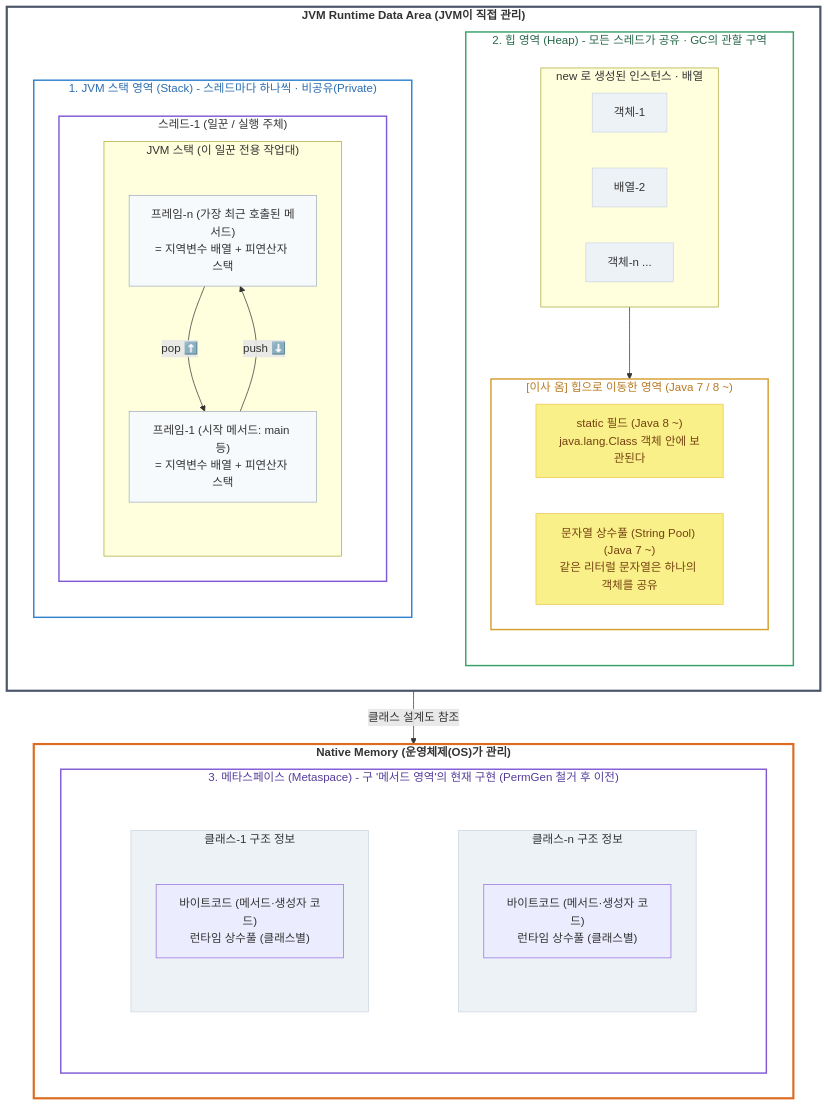
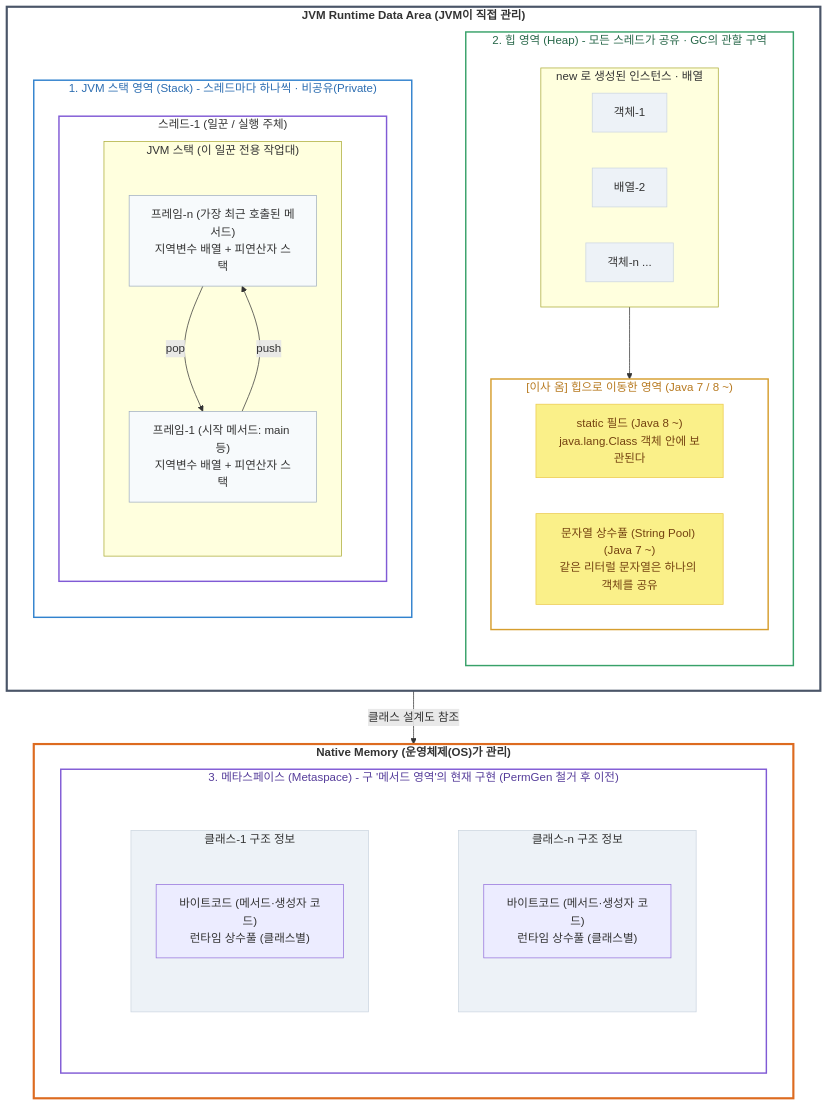
Before and after one commit to sungjin-dev/sungjin-dev.github.io: the second of 8 diagrams in _posts/java/2026-07-11-java-reference-type-study-1.md, drawn with Mermaid. The commit also changed other lines of this file, not shown here.

````diff
--- a/_posts/java/2026-07-11-java-reference-type-study-1.md
+++ b/_posts/java/2026-07-11-java-reference-type-study-1.md
@@ -53,67 +55,52 @@
 ```mermaid
 graph TD
-    %% ──────────────────────────────────────────────────────────
-    %% JVM Runtime Data Area (상단 거대 그룹)
-    %% ──────────────────────────────────────────────────────────
     subgraph RDA ["JVM Runtime Data Area (JVM이 직접 관리)"]
         direction LR
 
-        %% [1] JVM 스택 영역
         subgraph STACK_AREA ["1. JVM 스택 영역 (Stack) - 스레드마다 하나씩 · 비공유(Private)"]
             direction TD
             subgraph THREAD1 ["스레드-1 (일꾼 / 실행 주체)"]
                 subgraph JVM_ST ["JVM 스택 (이 일꾼 전용 작업대)"]
                     direction TD
-                    F_N["프레임-n (가장 최근 호출된 메서드)<br>= 지역변수 배열 + 피연산자 스택"]
-                    F_1["프레임-1 (시작 메서드: main 등)<br>= 지역변수 배열 + 피연산자 스택"]
-                    
-                    F_1 -->|push ⬇️| F_N
-                    F_N -->|pop ⬆️| F_1
+                    F_N["프레임-n (가장 최근 호출된 메서드)<br>지역변수 배열 + 피연산자 스택"]
+                    F_1["프레임-1 (시작 메서드: main 등)<br>지역변수 배열 + 피연산자 스택"]
+                    F_1 -->|push| F_N
+                    F_N -->|pop| F_1
                 end
             end
         end
 
-        %% 좌우 영역 밸런스용 투명 링크
-        STACK_AREA ~~~ HEAP_AREA
-
-        %% [2] 힙 영역
         subgraph HEAP_AREA ["2. 힙 영역 (Heap) - 모든 스레드가 공유 · GC의 관할 구역"]
             direction TD
-            
             subgraph OBJECTS ["new 로 생성된 인스턴스 · 배열"]
                 direction LR
                 OBJ1["객체-1"]
                 ARR2["배열-2"]
                 OBJN["객체-n ..."]
             end
-            
-            OBJECTS -->| | MOVED_ITEMS
-
+            OBJECTS --> MOVED_ITEMS
             subgraph MOVED_ITEMS ["[이사 옴] 힙으로 이동한 영역 (Java 7 / 8 ~)"]
                 direction LR
                 SF["static 필드 (Java 8 ~)<br>java.lang.Class 객체 안에 보관된다"]
                 SP["문자열 상수풀 (String Pool) (Java 7 ~)<br>같은 리터럴 문자열은 하나의 객체를 공유"]
             end
         end
+
+        %% 좌우 배치를 강제하는 투명 힌트 링크 — RDA 안쪽에 위치해야 효과가 있음
+        STACK_AREA ~~~ HEAP_AREA
     end
 
-    %% ──────────────────────────────────────────────────────────
-    %% Native Memory (하단 거대 그룹)
-    %% ──────────────────────────────────────────────────────────
     subgraph NATIVE_MEM ["Native Memory (운영체제(OS)가 관리)"]
         subgraph METASPACE ["3. 메타스페이스 (Metaspace) - 구 '메서드 영역'의 현재 구현 (PermGen 철거 후 이전)"]
             direction TD
-            
-            subgraph CLASS_INFOS [" "]
+            subgraph CLASS_INFOS [ ]
                 direction LR
                 subgraph CL1 ["클래스-1 구조 정보"]
                     C1["바이트코드 (메서드·생성자 코드)<br>런타임 상수풀 (클래스별)"]
                 end
-                
                 subgraph CLN ["클래스-n 구조 정보"]
                     CN["바이트코드 (메서드·생성자 코드)<br>런타임 상수풀 (클래스별)"]
                 end
-                
                 CL1 ~~~ CLN
             end
         end
@@ -121,39 +108,28 @@
 
     RDA -->|클래스 설계도 참조| NATIVE_MEM
 
-    %% ──────────────────────────────────────────────────────────
-    %% 스타일 레이어
-    %% ──────────────────────────────────────────────────────────
     classDef rda_style fill:#ffffff,stroke:#4a5568,stroke-width:3px,font-weight:bold;
     classDef native_style fill:#ffffff,stroke:#dd6b20,stroke-width:3px,font-weight:bold;
-    
     classDef stack_box fill:#ffffff,stroke:#3182ce,stroke-width:2px,color:#2b6cb0;
     classDef thread_box fill:#ffffff,stroke:#805ad5,stroke-width:2px;
     classDef frame_box fill:#f7fafc,stroke:#a0aec0,stroke-width:1px;
-    
     classDef heap_box fill:#ffffff,stroke:#38a169,stroke-width:2px,color:#276749;
     classDef moved_group fill:#ffffff,stroke:#d69e2e,stroke-width:2px,color:#b7791f;
     classDef move_box fill:#faf089,stroke:#ecc94b,stroke-width:1px,color:#744210;
     classDef obj_box fill:#edf2f7,stroke:#cbd5e0,stroke-width:1px;
-    
     classDef meta_box fill:#ffffff,stroke:#805ad5,stroke-width:2px,color:#553c9a;
     classDef transparent_group fill:none,stroke:none;
 
     class RDA rda_style;
     class NATIVE_MEM native_style;
-    
     class STACK_AREA stack_box;
     class THREAD1 thread_box;
     class F_N,F_1 frame_box;
-    
     class HEAP_AREA heap_box;
     class MOVED_ITEMS moved_group;
     class SF,SP move_box;
     class OBJ1,ARR2,OBJN obj_box;
-    
     class METASPACE meta_box;
     class CLASS_INFOS transparent_group;
     class CL1,CLN obj_box;
-    
-    linkStyle 2 stroke:none,stroke-width:0px;
 ```
````
